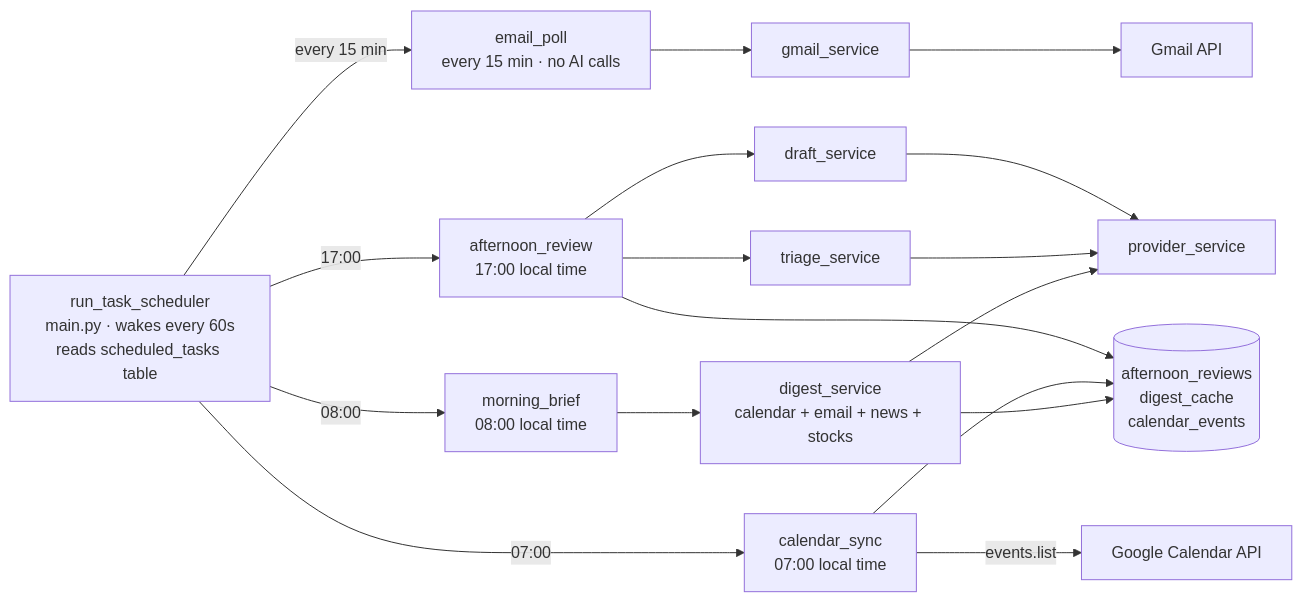
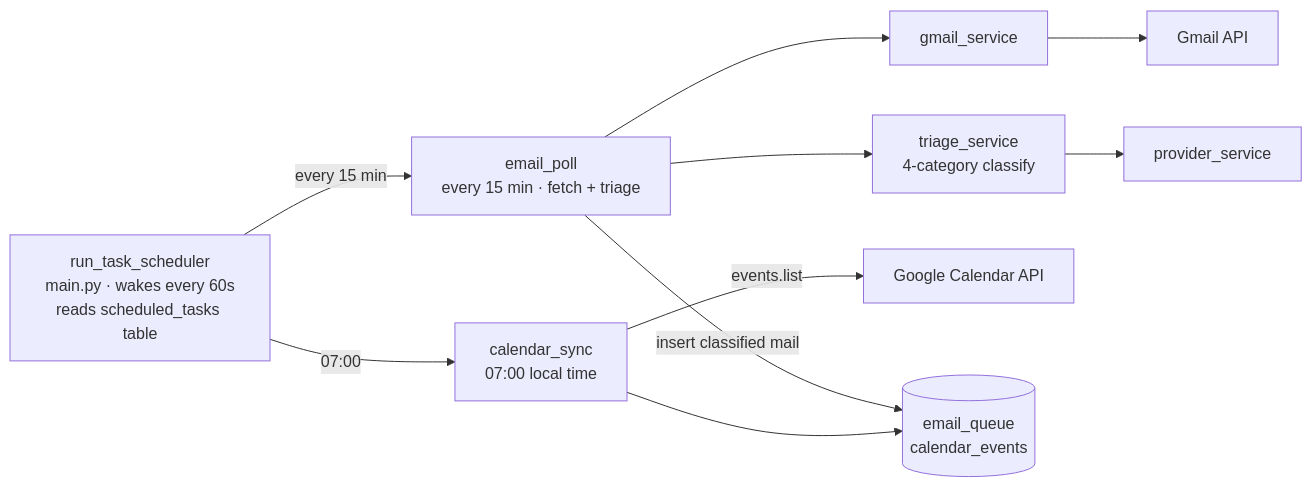
Before and after one commit to yuvanadarsh/meridian: the fourth of 6 diagrams in docs/ARCHITECTURE.md, drawn with Mermaid. The commit also changed other lines of this file and 1 other file, not shown here.

Commit message:
docs: reflect inbox redesign in README and architecture
Updates the scheduled-tasks pipeline diagram + prose to continuous triage into
email_queue, fixes the routes/tasks/settings/migration references, and adds an
Inbox Redesign features section noting the removed daily brief and review.

````diff
--- a/docs/ARCHITECTURE.md
+++ b/docs/ARCHITECTURE.md
@@ -103,33 +103,22 @@
 ```mermaid
 flowchart LR
     Scheduler["run_task_scheduler\nmain.py · wakes every 60s\nreads scheduled_tasks table"]
-    EmailPoll["email_poll\nevery 15 min · no AI calls"]
-    MBTask["morning_brief\n08:00 local time"]
-    ARTask["afternoon_review\n17:00 local time"]
+    EmailPoll["email_poll\nevery 15 min · fetch + triage"]
     CSTask["calendar_sync\n07:00 local time"]
     GmailSvc["gmail_service"]
     GmailAPI["Gmail API"]
-    DigestSvc["digest_service\ncalendar + email + news + stocks"]
+    TriageSvc["triage_service\n4-category classify"]
     ProvSvc["provider_service"]
     CalAPI["Google Calendar API"]
-    TriageSvc["triage_service"]
-    DraftSvc["draft_service"]
-    DB[("afternoon_reviews\ndigest_cache\ncalendar_events")]
+    DB[("email_queue\ncalendar_events")]
 
     Scheduler -->|"every 15 min"| EmailPoll
-    Scheduler -->|"08:00"| MBTask
-    Scheduler -->|"17:00"| ARTask
     Scheduler -->|"07:00"| CSTask
     EmailPoll --> GmailSvc
     GmailSvc --> GmailAPI
-    MBTask --> DigestSvc
-    DigestSvc --> ProvSvc
-    DigestSvc --> DB
+    EmailPoll --> TriageSvc
+    TriageSvc --> ProvSvc
+    EmailPoll -->|"insert classified mail"| DB
     CSTask -->|"events.list"| CalAPI
     CSTask --> DB
-    ARTask --> TriageSvc
-    ARTask --> DraftSvc
-    TriageSvc --> ProvSvc
-    DraftSvc --> ProvSvc
-    ARTask --> DB
 ```
````
